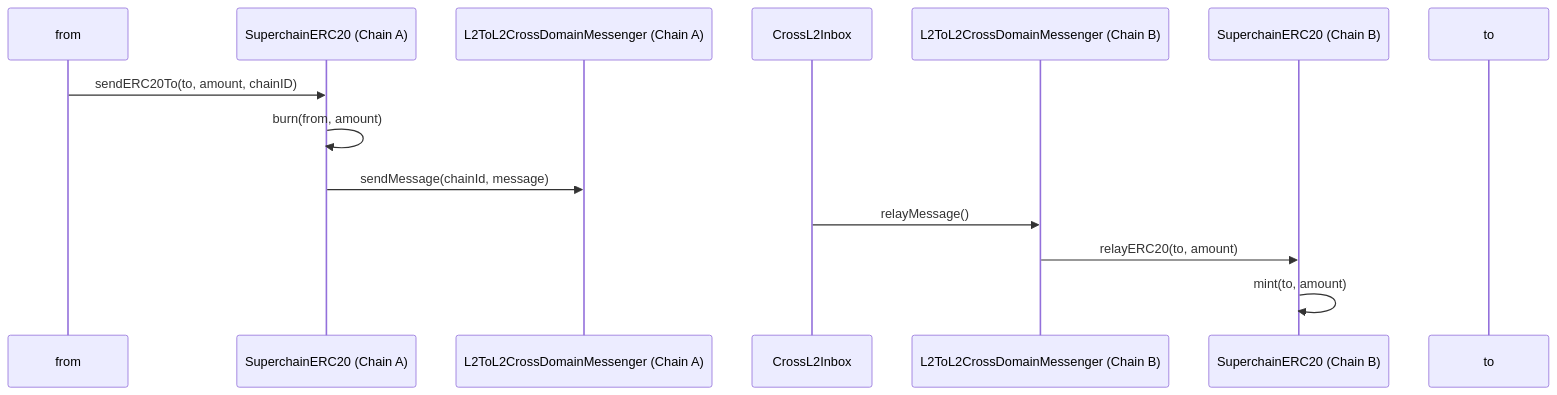
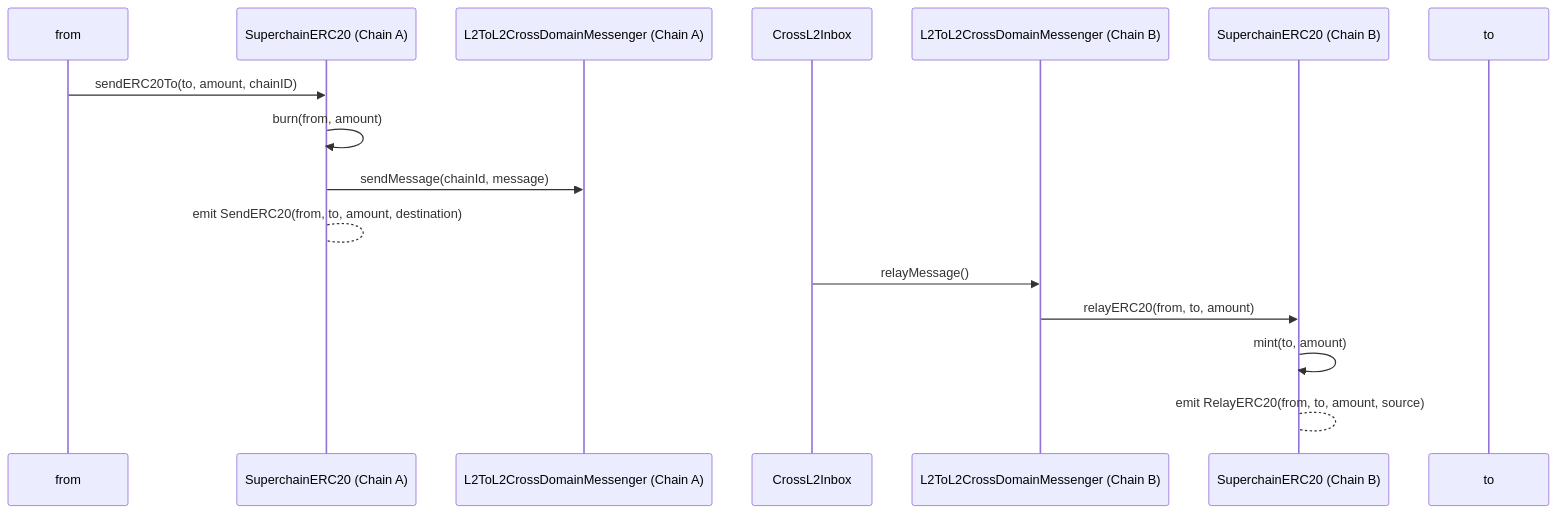
Before and after one commit to ethereum-optimism/specs: the first of 3 diagrams in specs/interop/token-bridging.md, drawn with Mermaid. The commit also changed other lines of this file, not shown here.

Commit message:
feat: adding parameters to the RelayERC20 event

````diff
--- a/specs/interop/token-bridging.md
+++ b/specs/interop/token-bridging.md
@@ -84,17 +86,19 @@
 ```mermaid
 sequenceDiagram
   participant from
   participant SuperERC20_A as SuperchainERC20 (Chain A)
   participant Messenger_A as L2ToL2CrossDomainMessenger (Chain A)
   participant Inbox as CrossL2Inbox
   participant Messenger_B as L2ToL2CrossDomainMessenger (Chain B)
   participant SuperERC20_B as SuperchainERC20 (Chain B)
   participant Recipient as to
 
   from->>SuperERC20_A: sendERC20To(to, amount, chainID)
   SuperERC20_A->>SuperERC20_A: burn(from, amount)
   SuperERC20_A->>Messenger_A: sendMessage(chainId, message)
+  SuperERC20_A-->SuperERC20_A: emit SendERC20(from, to, amount, destination)
   Inbox->>Messenger_B: relayMessage()
-  Messenger_B->>SuperERC20_B: relayERC20(to, amount)
+  Messenger_B->>SuperERC20_B: relayERC20(from, to, amount)
   SuperERC20_B->>SuperERC20_B: mint(to, amount)
+  SuperERC20_B-->SuperERC20_B: emit RelayERC20(from, to, amount, source)
 ```
````
